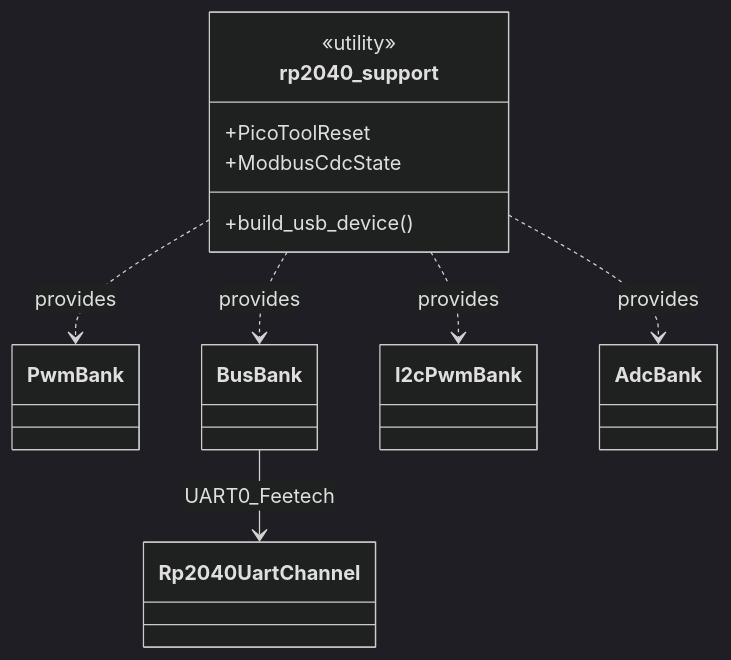
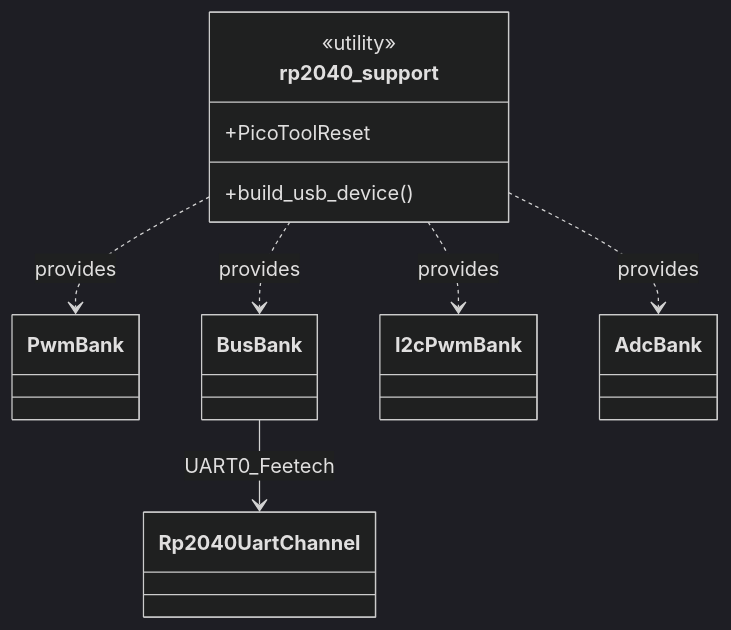
Before and after one commit to Lucy-Robotics/lucy_embedded_firmware: the third of 3 diagrams in docs/architecture/firmware.md, drawn with Mermaid (dark theme). The commit also changed other lines of this file and 1 other file, not shown here.

Commit message:
evol(architecture): document f64 SHM path only

````diff
--- a/docs/architecture/firmware.md
+++ b/docs/architecture/firmware.md
@@ -102,20 +77,19 @@
 ```mermaid
 classDiagram
   class rp2040_support {
     <<utility>>
     +PicoToolReset
-    +ModbusCdcState
     +build_usb_device()
   }
   class PwmBank
   class BusBank
   class I2cPwmBank
   class AdcBank
   class Rp2040UartChannel
-  
+
   rp2040_support ..> PwmBank : provides
   rp2040_support ..> BusBank : provides
   rp2040_support ..> I2cPwmBank : provides
   rp2040_support ..> AdcBank : provides
   BusBank --> Rp2040UartChannel : UART0_Feetech
 ```
````
